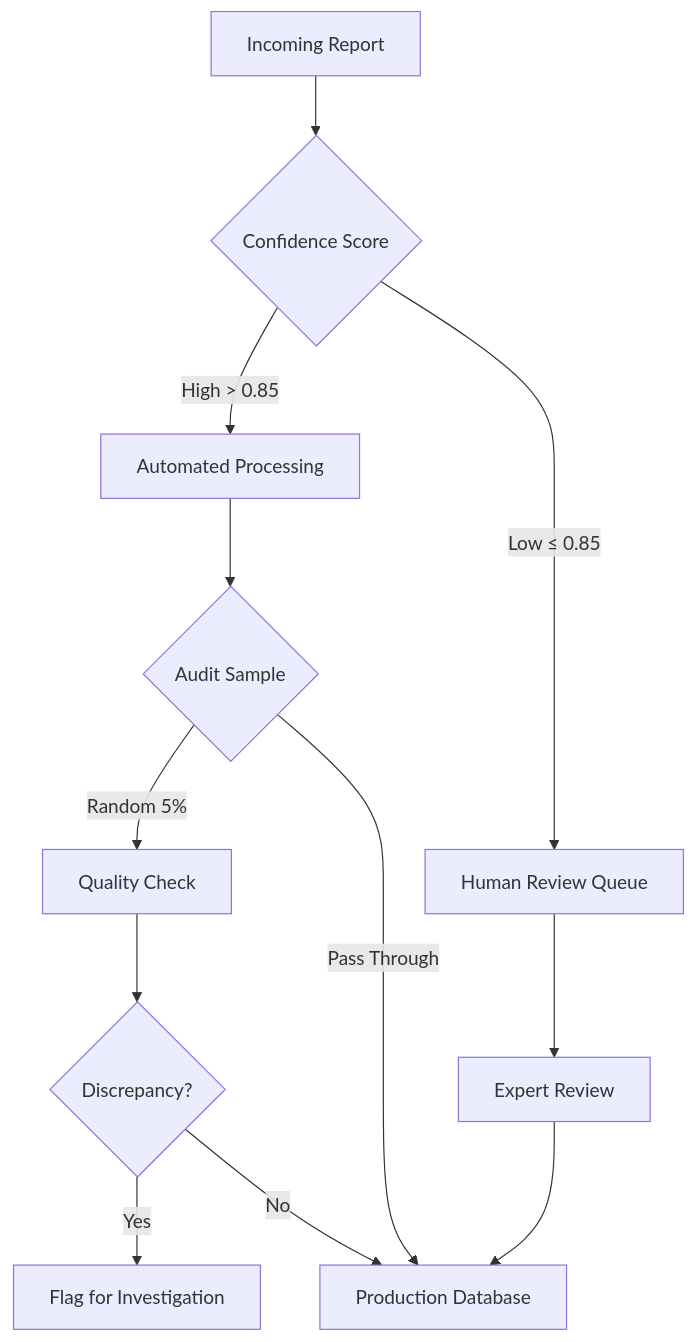
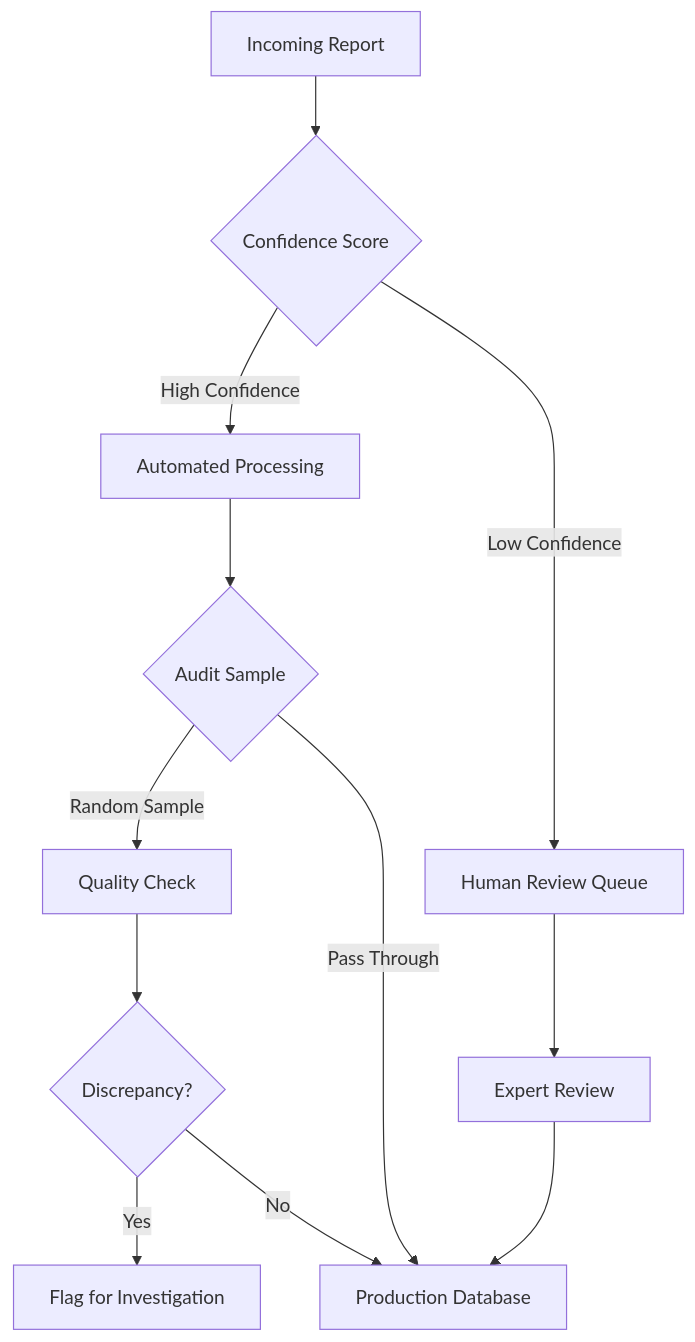
One commit to lgondara/qa_gen changed the diagram in iclr_blogpost_draft (1).md. Above: the diagram before and after it, drawn with Mermaid. The commit also changed other lines of this file, not shown here.

````diff
--- a/iclr_blogpost_draft (1).md
+++ b/iclr_blogpost_draft (1).md
@@ -161,14 +107,14 @@
 ```mermaid
 graph TD
     A[Incoming Report] --> B{Confidence Score}
-    B -->|High > 0.85| C[Automated Processing]
-    B -->|Low ≤ 0.85| D[Human Review Queue]
+    B -->|High Confidence| C[Automated Processing]
+    B -->|Low Confidence| D[Human Review Queue]
     C --> E{Audit Sample}
-    E -->|Random 5%| F[Quality Check]
+    E -->|Random Sample| F[Quality Check]
     E -->|Pass Through| G[Production Database]
     F --> H{Discrepancy?}
     H -->|Yes| I[Flag for Investigation]
     H -->|No| G
     D --> J[Expert Review]
     J --> G
 ```
````
